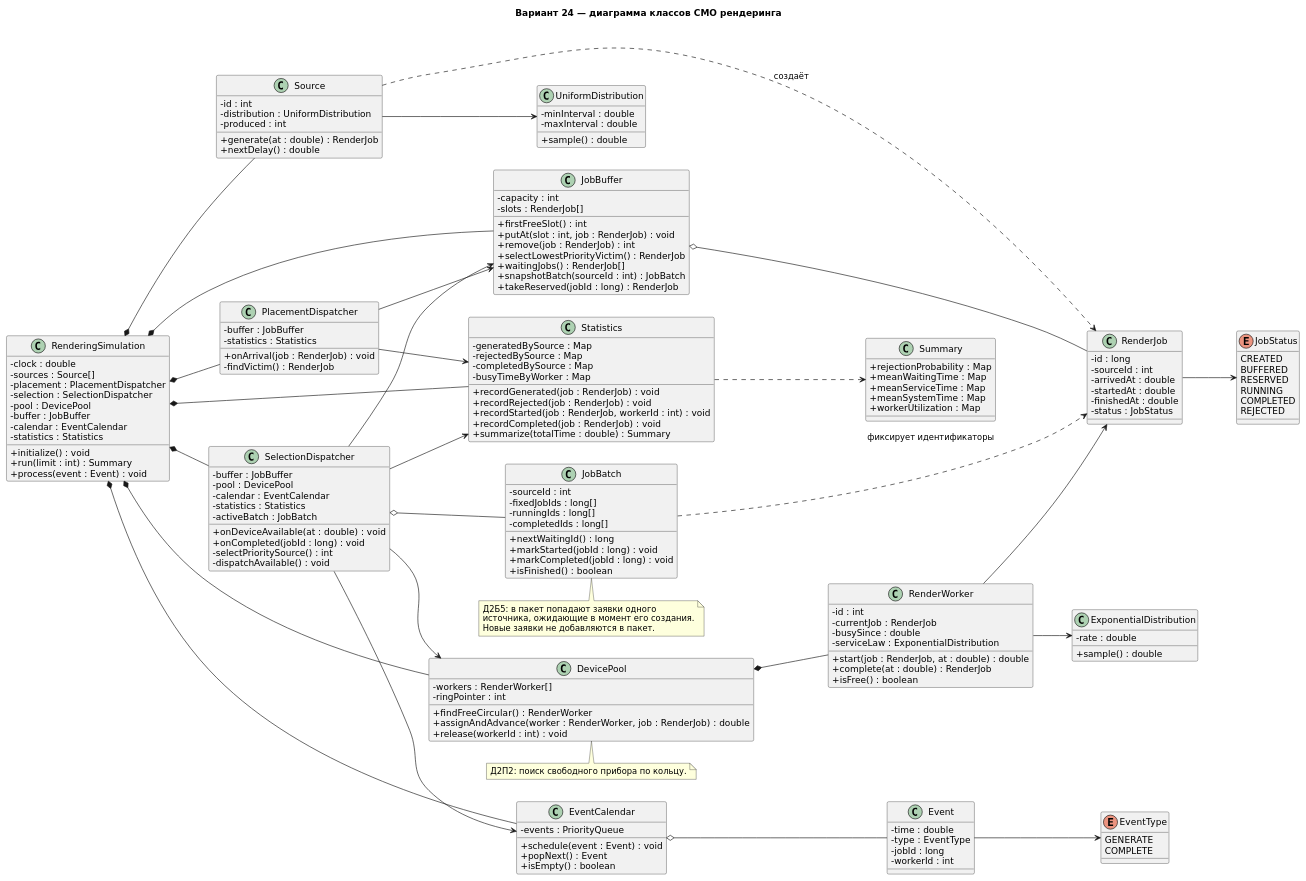
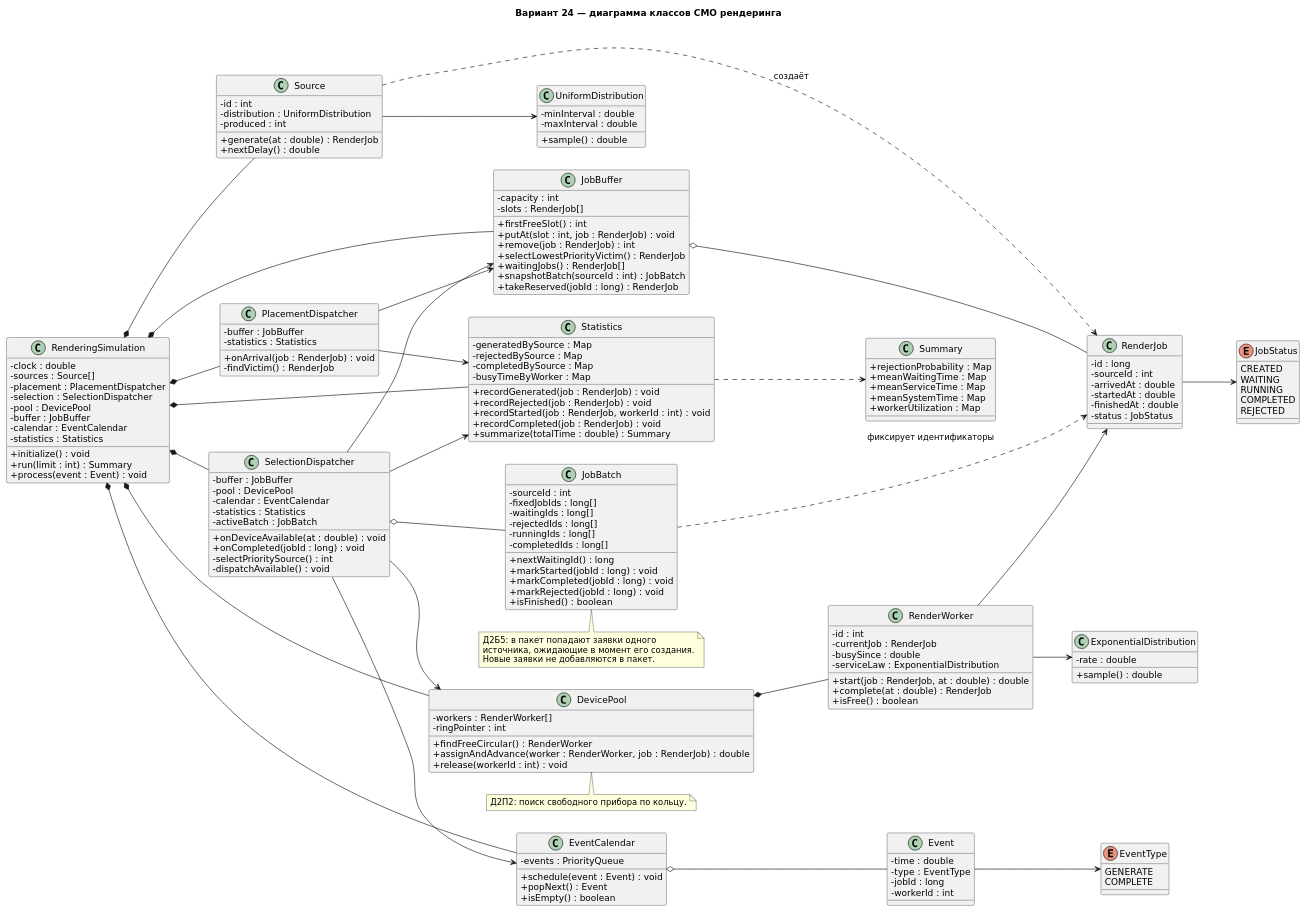
The diagram in diagrams/class/class-diagram.puml (Expeline/APS_Lab), drawn with PlantUML before and after one commit. The commit also changed 42 other files, not shown here.

```diff
--- a/diagrams/class/class-diagram.puml
+++ b/diagrams/class/class-diagram.puml
@@ -1,194 +1,196 @@
 @startuml
 left to right direction
 skinparam backgroundColor white
 skinparam shadowing false
 skinparam defaultFontName "DejaVu Sans"
 skinparam classAttributeIconSize 0
 title Вариант 24 — диаграмма классов СМО рендеринга
 
 class RenderingSimulation {
   - clock : double
   - sources : Source[]
   - placement : PlacementDispatcher
   - selection : SelectionDispatcher
   - pool : DevicePool
   - buffer : JobBuffer
   - calendar : EventCalendar
   - statistics : Statistics
   + initialize() : void
   + run(limit : int) : Summary
   + process(event : Event) : void
 }
 
 class Source {
   - id : int
   - distribution : UniformDistribution
   - produced : int
   + generate(at : double) : RenderJob
   + nextDelay() : double
 }
 
 class UniformDistribution {
   - minInterval : double
   - maxInterval : double
   + sample() : double
 }
 
 class RenderJob {
   - id : long
   - sourceId : int
   - arrivedAt : double
   - startedAt : double
   - finishedAt : double
   - status : JobStatus
 }
 
 enum JobStatus {
   CREATED
-  BUFFERED
-  RESERVED
+  WAITING
   RUNNING
   COMPLETED
   REJECTED
 }
 
 class PlacementDispatcher {
   - buffer : JobBuffer
   - statistics : Statistics
   + onArrival(job : RenderJob) : void
   - findVictim() : RenderJob
 }
 
 class JobBuffer {
   - capacity : int
   - slots : RenderJob[]
   + firstFreeSlot() : int
   + putAt(slot : int, job : RenderJob) : void
   + remove(job : RenderJob) : int
   + selectLowestPriorityVictim() : RenderJob
   + waitingJobs() : RenderJob[]
   + snapshotBatch(sourceId : int) : JobBatch
   + takeReserved(jobId : long) : RenderJob
 }
 
 class SelectionDispatcher {
   - buffer : JobBuffer
   - pool : DevicePool
   - calendar : EventCalendar
   - statistics : Statistics
   - activeBatch : JobBatch
   + onDeviceAvailable(at : double) : void
   + onCompleted(jobId : long) : void
   - selectPrioritySource() : int
   - dispatchAvailable() : void
 }
 
 class JobBatch {
   - sourceId : int
   - fixedJobIds : long[]
+  - waitingIds : long[]
+  - rejectedIds : long[]
   - runningIds : long[]
   - completedIds : long[]
   + nextWaitingId() : long
   + markStarted(jobId : long) : void
   + markCompleted(jobId : long) : void
+  + markRejected(jobId : long) : void
   + isFinished() : boolean
 }
 
 class DevicePool {
   - workers : RenderWorker[]
   - ringPointer : int
   + findFreeCircular() : RenderWorker
   + assignAndAdvance(worker : RenderWorker, job : RenderJob) : double
   + release(workerId : int) : void
 }
 
 class RenderWorker {
   - id : int
   - currentJob : RenderJob
   - busySince : double
   - serviceLaw : ExponentialDistribution
   + start(job : RenderJob, at : double) : double
   + complete(at : double) : RenderJob
   + isFree() : boolean
 }
 
 class ExponentialDistribution {
   - rate : double
   + sample() : double
 }
 
 class EventCalendar {
   - events : PriorityQueue
   + schedule(event : Event) : void
   + popNext() : Event
   + isEmpty() : boolean
 }
 
 class Event {
   - time : double
   - type : EventType
   - jobId : long
   - workerId : int
 }
 
 enum EventType {
   GENERATE
   COMPLETE
 }
 
 class Statistics {
   - generatedBySource : Map
   - rejectedBySource : Map
   - completedBySource : Map
   - busyTimeByWorker : Map
   + recordGenerated(job : RenderJob) : void
   + recordRejected(job : RenderJob) : void
   + recordStarted(job : RenderJob, workerId : int) : void
   + recordCompleted(job : RenderJob) : void
   + summarize(totalTime : double) : Summary
 }
 
 class Summary {
   + rejectionProbability : Map
   + meanWaitingTime : Map
   + meanServiceTime : Map
   + meanSystemTime : Map
   + workerUtilization : Map
 }
 
 RenderingSimulation *-- Source
 RenderingSimulation *-- PlacementDispatcher
 RenderingSimulation *-- SelectionDispatcher
 RenderingSimulation *-- JobBuffer
 RenderingSimulation *-- DevicePool
 RenderingSimulation *-- EventCalendar
 RenderingSimulation *-- Statistics
 Source --> UniformDistribution
 Source ..> RenderJob : создаёт
 RenderJob --> JobStatus
 PlacementDispatcher --> JobBuffer
 PlacementDispatcher --> Statistics
 SelectionDispatcher --> JobBuffer
 SelectionDispatcher --> DevicePool
 SelectionDispatcher --> EventCalendar
 SelectionDispatcher --> Statistics
 SelectionDispatcher o-- JobBatch
 JobBatch ..> RenderJob : фиксирует идентификаторы
 JobBuffer o-- RenderJob
 DevicePool *-- RenderWorker
 RenderWorker --> ExponentialDistribution
 RenderWorker --> RenderJob
 EventCalendar o-- Event
 Event --> EventType
 Statistics ..> Summary
 
 note bottom of JobBatch
   Д2Б5: в пакет попадают заявки одного
   источника, ожидающие в момент его создания.
   Новые заявки не добавляются в пакет.
 end note
 
 note bottom of DevicePool
   Д2П2: поиск свободного прибора по кольцу.
 end note
 @enduml
```
